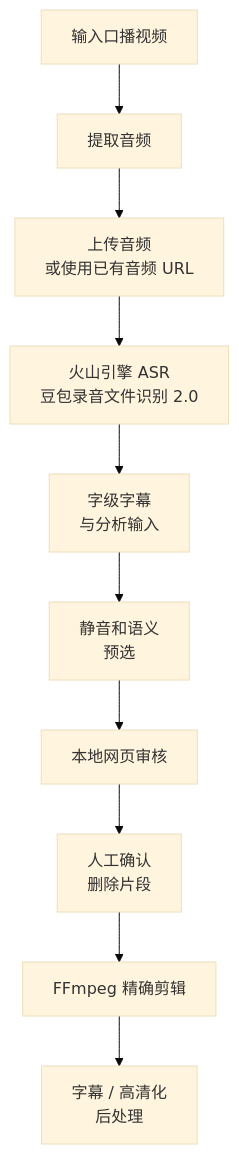
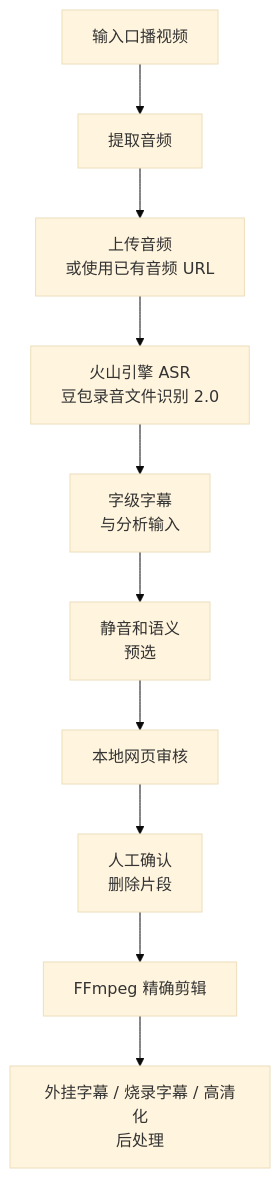
The diagram in README.md (MingStudentSE/videocut-skills), drawn with Mermaid (base theme) before and after one commit. The commit also changed other lines of this file and 44 other files, not shown here.

````diff
--- a/README.md
+++ b/README.md
@@ -79,12 +80,12 @@
 ```mermaid
 flowchart TD
   A["输入口播视频"] --> B["提取音频"]
   B --> C["上传音频<br/>或使用已有音频 URL"]
   C --> D["火山引擎 ASR<br/>豆包录音文件识别 2.0"]
   D --> E["字级字幕<br/>与分析输入"]
   E --> F["静音和语义<br/>预选"]
   F --> G["本地网页审核"]
   G --> H["人工确认<br/>删除片段"]
   H --> I["FFmpeg 精确剪辑"]
-  I --> J["字幕 / 高清化<br/>后处理"]
+  I --> J["外挂字幕 / 烧录字幕 / 高清化<br/>后处理"]
 ```
````
